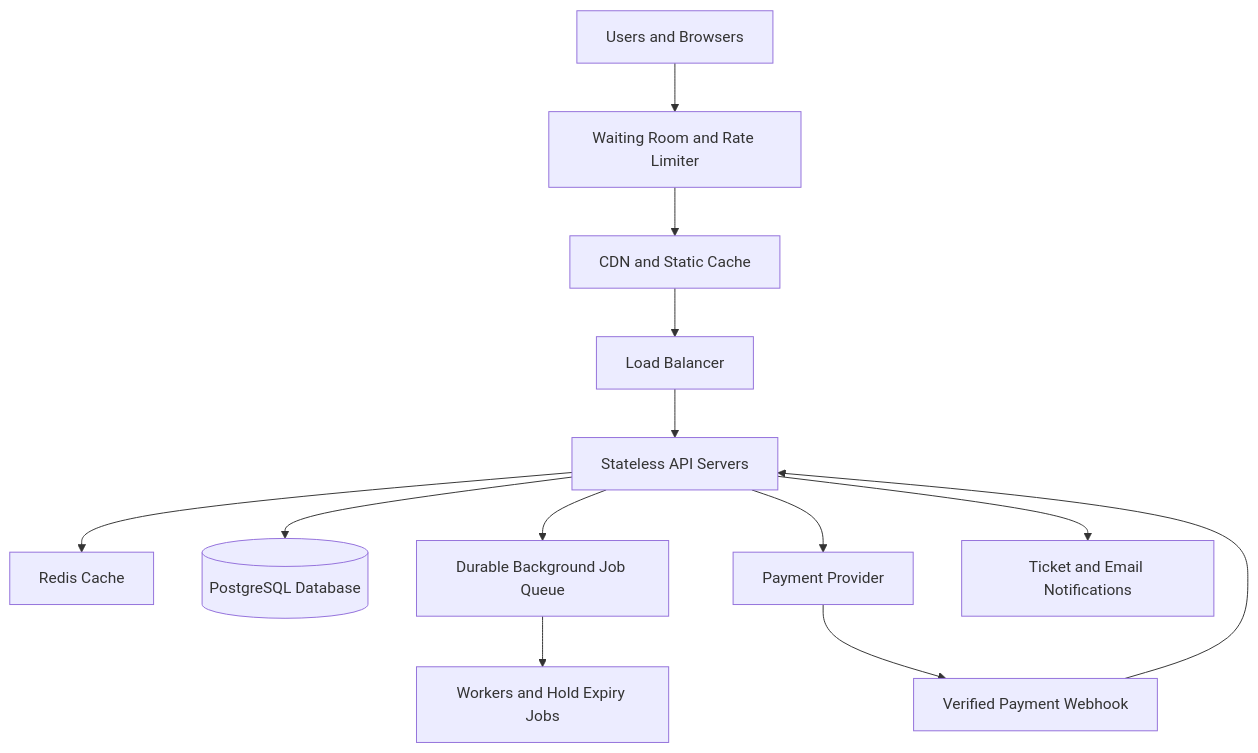
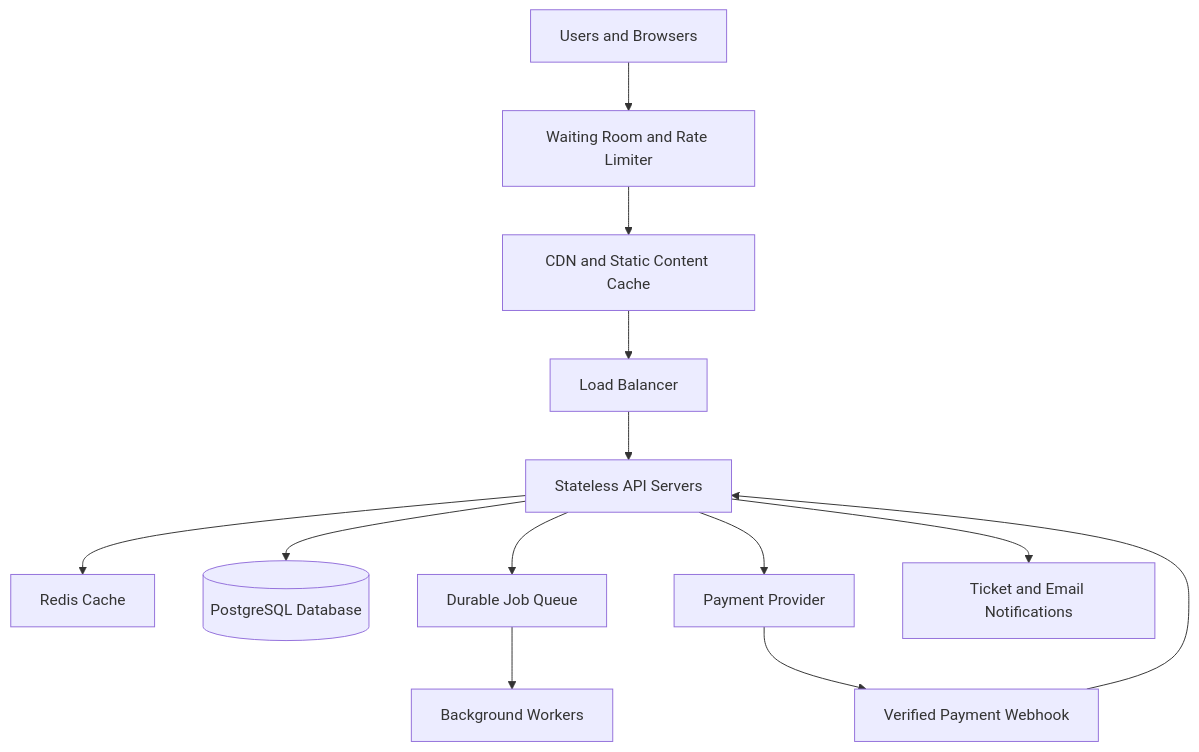
The diagram in day8/ticketing-design.md (sylvianyambu963-afk/web-fundamentals-days), drawn with Mermaid before and after one commit. The commit also changed other lines of this file and 1 other file, not shown here.

````diff
--- a/day8/ticketing-design.md
+++ b/day8/ticketing-design.md
@@ -215,15 +371,15 @@
 ```mermaid
 flowchart TD
     U[Users and Browsers] --> W[Waiting Room and Rate Limiter]
-    W --> CDN[CDN and Static Cache]
+    W --> CDN[CDN and Static Content Cache]
     CDN --> LB[Load Balancer]
     LB --> API[Stateless API Servers]
-    API --> CACHE[Redis Cache]
+    API --> REDIS[Redis Cache]
     API --> DB[(PostgreSQL Database)]
-    API --> Q[Durable Background Job Queue]
-    Q --> WORKER[Workers and Hold Expiry Jobs]
+    API --> Q[Durable Job Queue]
+    Q --> WORKER[Background Workers]
     API --> PAY[Payment Provider]
-    PAY --> WEBHOOK[Verified Payment Webhook]
-    WEBHOOK --> API
+    PAY --> WH[Verified Payment Webhook]
+    WH --> API
     API --> NOTIFY[Ticket and Email Notifications]
 ```
````
